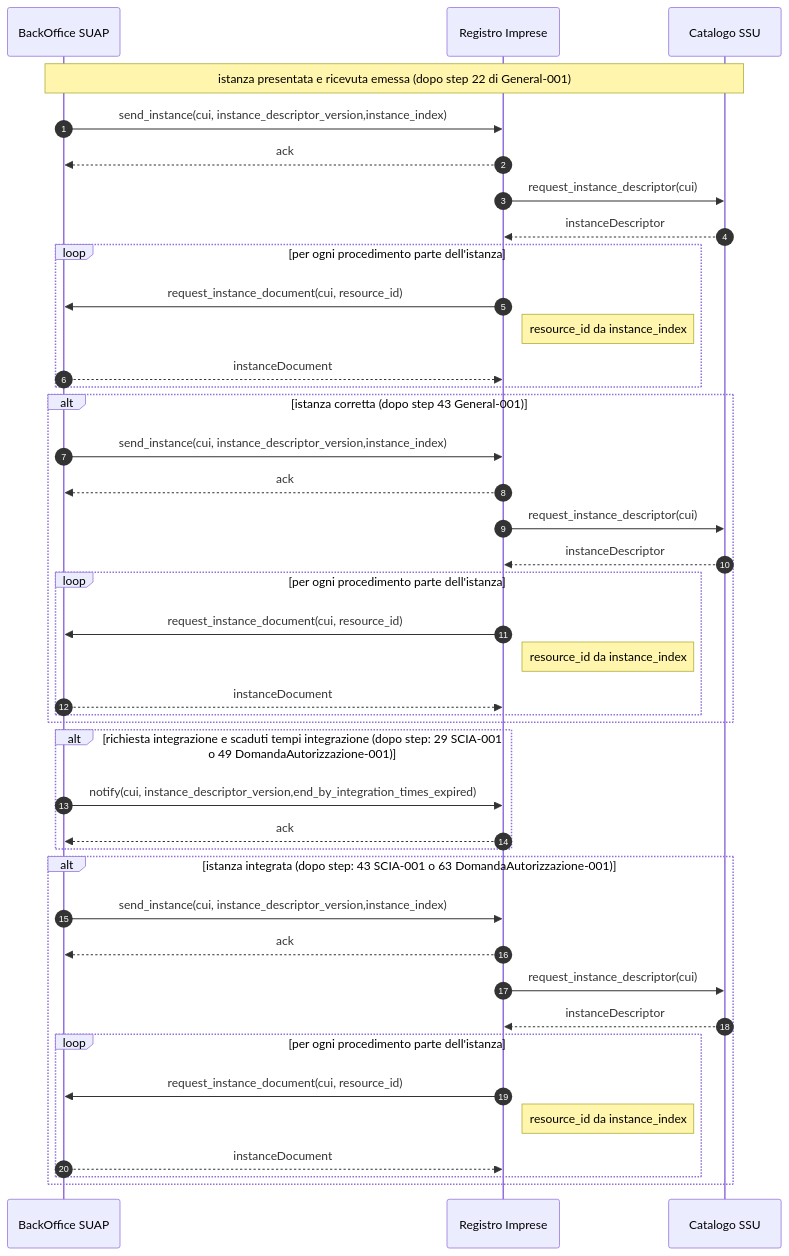
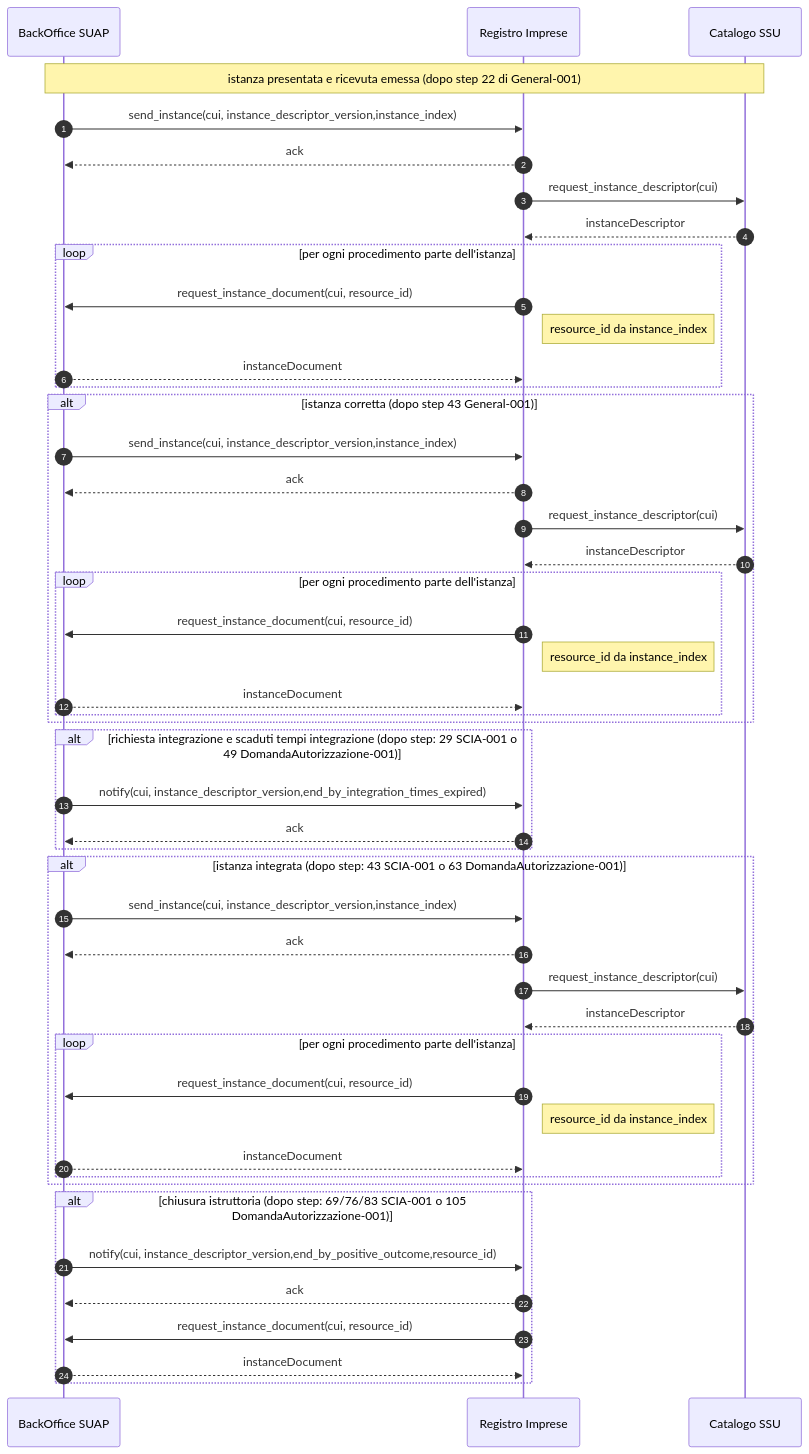
Before and after one commit to AgID/specifiche-tecniche-DPR-160-2010: the diagram in sequence-diagram/RI_InformationDebit-001.mermaid, drawn with Mermaid. The commit also changed other lines of this file and 1 other file, not shown here.

```diff
--- a/sequence-diagram/RI_InformationDebit-001.mermaid
+++ b/sequence-diagram/RI_InformationDebit-001.mermaid
@@ -1,64 +1,74 @@
 sequenceDiagram
     autonumber
     
     participant B as BackOffice SUAP  
     participant RI as Registro Imprese   
     participant C as Catalogo SSU  
 
    
    
     Note over B,C: istanza presentata e ricevuta emessa (dopo step 22 di General-001)
     
 
     B ->> RI: send_instance(cui, instance_descriptor_version,instance_index)
     RI -->> B: ack
     
     RI ->> C: request_instance_descriptor(cui)
 	C -->> RI: instanceDescriptor
     
     loop per ogni procedimento parte dell'istanza
         RI ->> B:  request_instance_document(cui, resource_id)
         note right of RI: resource_id da instance_index
         B -->> RI: instanceDocument
     end
     
 
     alt istanza corretta (dopo step 43 General-001)
 
         B ->> RI: send_instance(cui, instance_descriptor_version,instance_index)
         RI -->> B: ack
     
         RI ->> C: request_instance_descriptor(cui)
         C -->> RI: instanceDescriptor
         
         loop per ogni procedimento parte dell'istanza
             RI ->> B:  request_instance_document(cui, resource_id)
             note right of RI: resource_id da instance_index
             B -->> RI: instanceDocument
         end
 
 
 
     end
 
     alt richiesta integrazione e scaduti tempi integrazione (dopo step: 29 SCIA-001 o 49 DomandaAutorizzazione-001)
         B ->> RI: notify(cui, instance_descriptor_version,end_by_integration_times_expired)
         RI -->> B: ack
     end
 
     alt istanza integrata (dopo step: 43 SCIA-001 o 63 DomandaAutorizzazione-001)
 
         B ->> RI: send_instance(cui, instance_descriptor_version,instance_index)
         RI -->> B: ack
     
         RI ->> C: request_instance_descriptor(cui)
         C -->> RI: instanceDescriptor
         
         loop per ogni procedimento parte dell'istanza
             RI ->> B:  request_instance_document(cui, resource_id)
             note right of RI: resource_id da instance_index
             B -->> RI: instanceDocument
         end
 
 
     end
+    
+    alt chiusura istruttoria (dopo step: 69/76/83 SCIA-001 o 105 DomandaAutorizzazione-001)
+
+        B ->> RI: notify(cui, instance_descriptor_version,end_by_positive_outcome,resource_id)
+        RI -->> B: ack
+    
+        RI ->> B: request_instance_document(cui, resource_id)
+        B -->> RI: instanceDocument
+
+    end
```
